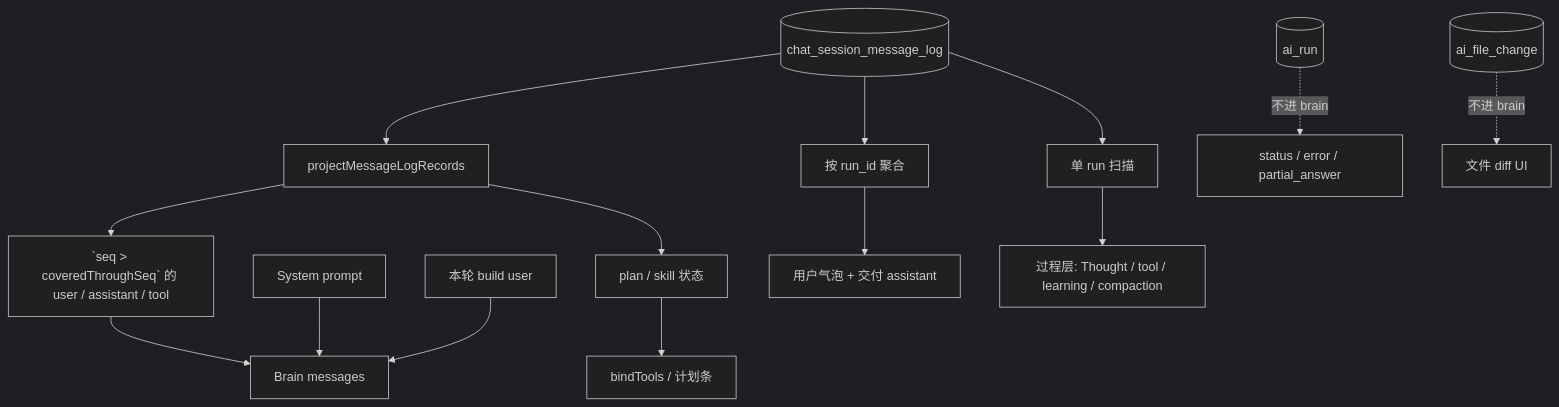
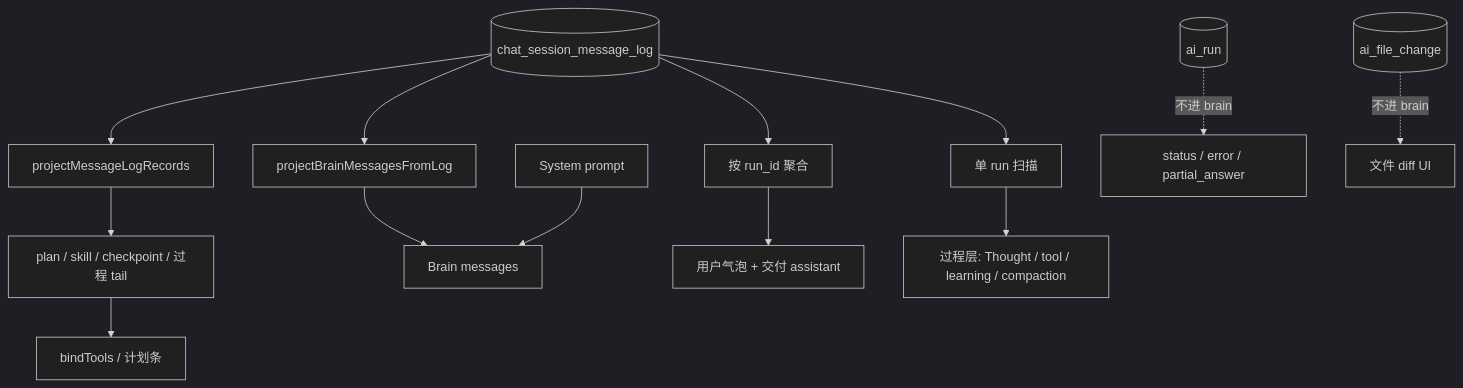
Before and after one commit to Yoan98/Ncurator: the second of 2 diagrams in doc/ai-harness/human-harness.md, drawn with Mermaid (dark theme). The commit also changed other lines of this file and 17 other files, not shown here.

````diff
--- a/doc/ai-harness/human-harness.md
+++ b/doc/ai-harness/human-harness.md
@@ -321,23 +321,21 @@
 ```mermaid
 flowchart TD
   Log[(chat_session_message_log)]
 
   Log --> PM[projectMessageLogRecords]
+  Log --> BM[projectBrainMessagesFromLog]
 
-  PM --> Visible[`seq > coveredThroughSeq` 的 user / assistant / tool]
-  PM --> Meta[plan / skill 状态]
-
-  Visible --> BrainMsg[Brain messages]
+  PM --> Meta[plan / skill / checkpoint / 过程 tail]
+  BM --> BrainMsg[Brain messages]
   Sys[System prompt] --> BrainMsg
-  BuildUser[本轮 build user] --> BrainMsg
   Meta --> Bind[bindTools / 计划条]
 
   Log --> ByRun[按 run_id 聚合]
   ByRun --> Bubbles[用户气泡 + 交付 assistant]
 
   Log --> ProcessScan[单 run 扫描]
   ProcessScan --> Process[过程层: Thought / tool / learning / compaction]
 
   Run[(ai_run)] -.不进 brain.-> Status[status / error / partial_answer]
   FC[(ai_file_change)] -.不进 brain.-> Diff[文件 diff UI]
 ```
````
